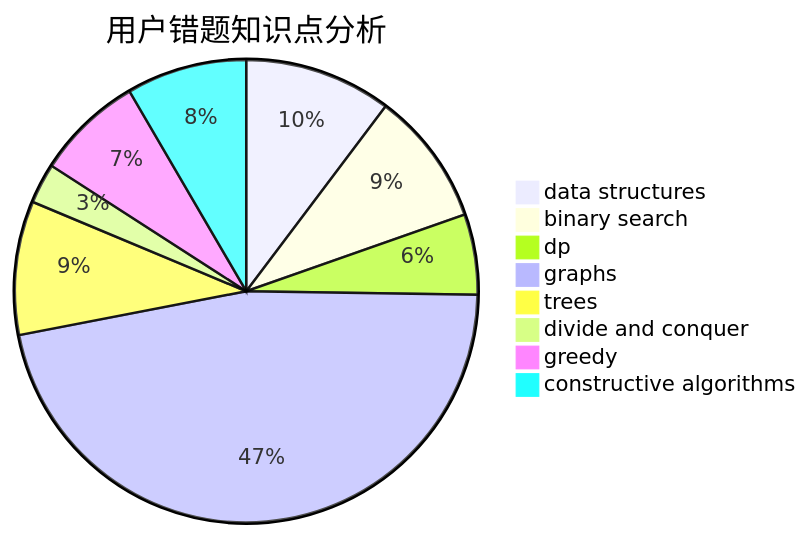
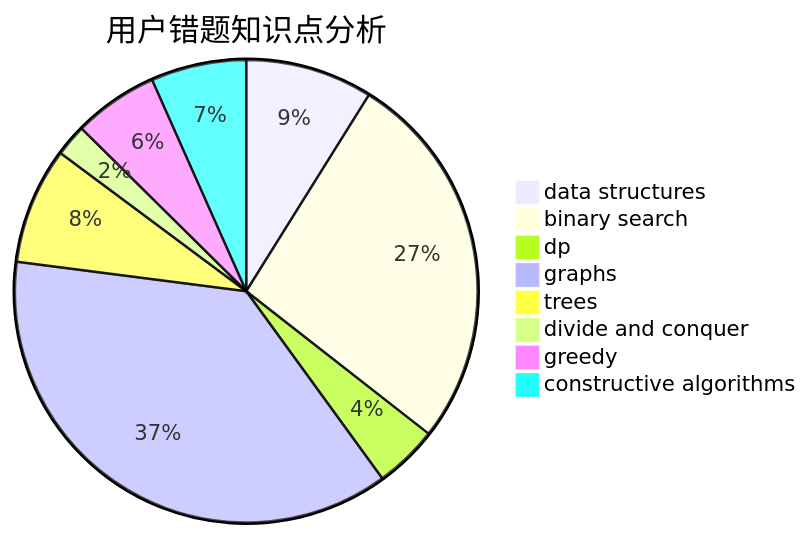
Before and after one commit to sherpahu/cfrs.github.io: the third of 3 diagrams in docs/user/u1692.md, drawn with Mermaid. The commit also changed other lines of this file and 2770 other files, not shown here.

````diff
--- a/docs/user/u1692.md
+++ b/docs/user/u1692.md
@@ -36,11 +36,11 @@
 ```mermaid
 pie title 用户错题知识点分析
-    "data structures" :  11
-    "binary search" :  10
+    "data structures" :  12
+    "binary search" :  36
     "dp" :  6
     "graphs" :  50
-    "trees" :  10
+    "trees" :  11
     "divide and conquer" :  3
     "greedy" :  8
     "constructive algorithms" :  9
 ```
````
